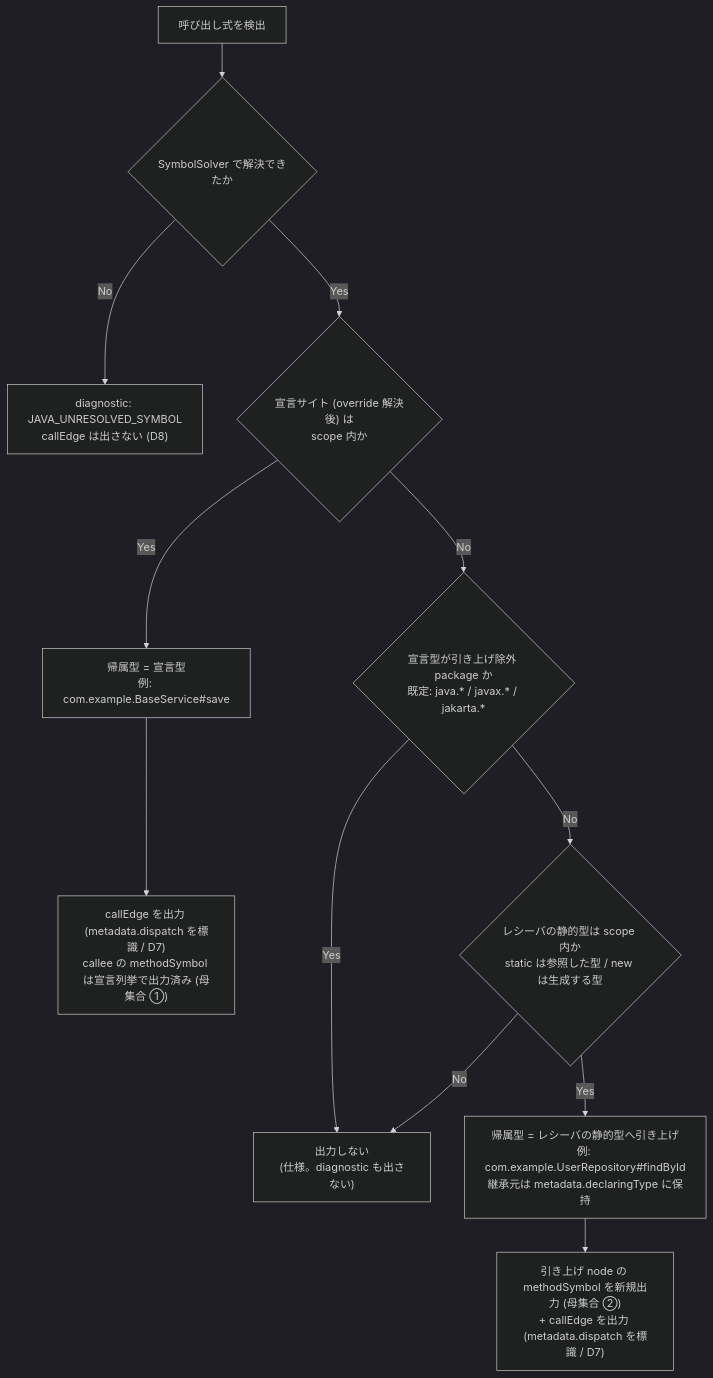
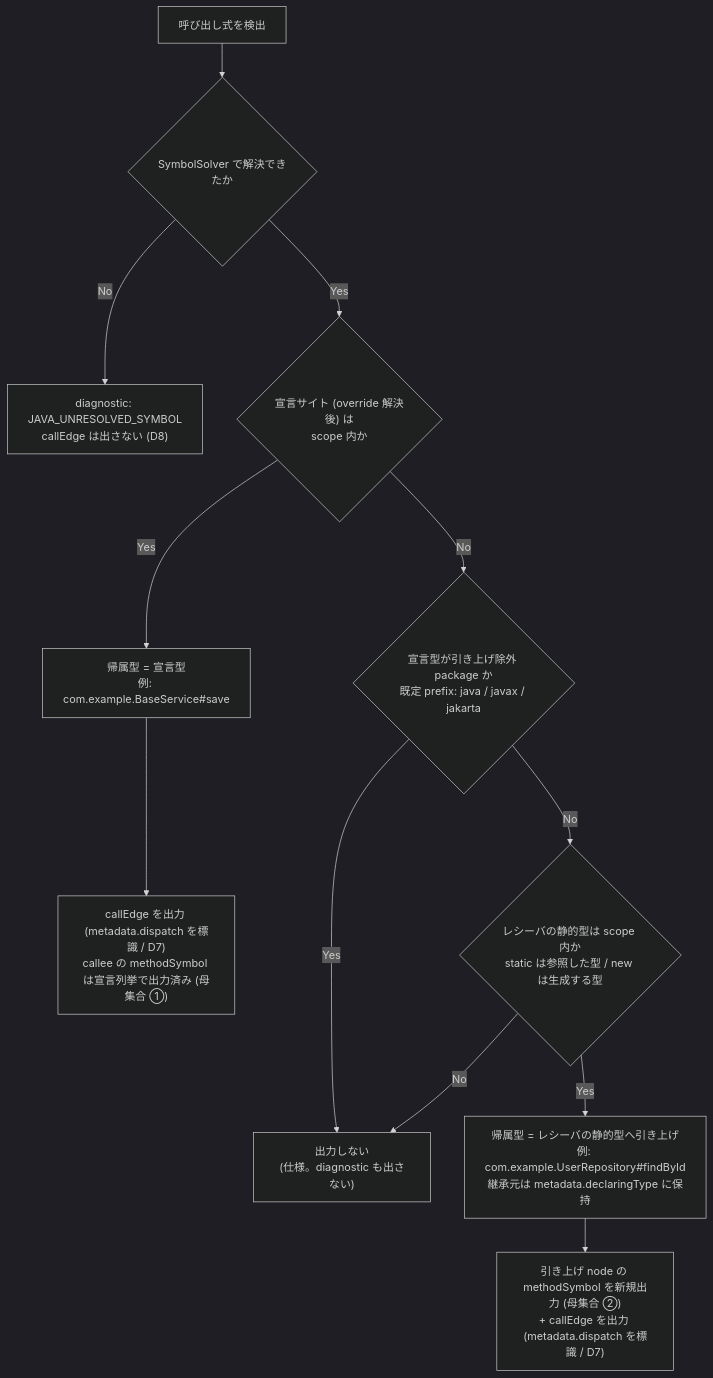
The third of 3 diagrams in specs/9-java-analyzer/index.md (Fukuemon/depwalk), drawn with Mermaid (dark theme) before and after one commit. The commit also changed other lines of this file and 1 other file, not shown here.

````diff
--- a/specs/9-java-analyzer/index.md
+++ b/specs/9-java-analyzer/index.md
@@ -563,14 +626,14 @@
 ```mermaid
 flowchart TD
     call["呼び出し式を検出"] --> resolve{"SymbolSolver で解決できたか"}
     resolve -->|"No"| diag["diagnostic: JAVA_UNRESOLVED_SYMBOL<br/>callEdge は出さない (D8)"]
     resolve -->|"Yes"| site{"宣言サイト (override 解決後) は<br/>scope 内か"}
     site -->|"Yes"| declared["帰属型 = 宣言型<br/>例: com.example.BaseService#save"]
-    site -->|"No"| excluded{"宣言型が引き上げ除外 package か<br/>既定: java.* / javax.* / jakarta.*"}
+    site -->|"No"| excluded{"宣言型が引き上げ除外 package か<br/>既定 prefix: java / javax / jakarta"}
     excluded -->|"Yes"| skip["出力しない<br/>(仕様。diagnostic も出さない)"]
     excluded -->|"No"| recv{"レシーバの静的型は scope 内か<br/>static は参照した型 / new は生成する型"}
     recv -->|"No"| skip
     recv -->|"Yes"| lifted["帰属型 = レシーバの静的型へ引き上げ<br/>例: com.example.UserRepository#findById<br/>継承元は metadata.declaringType に保持"]
     declared --> edge1["callEdge を出力 (metadata.dispatch を標識 / D7)<br/>callee の methodSymbol は宣言列挙で出力済み (母集合 ①)"]
     lifted --> edge2["引き上げ node の methodSymbol を新規出力 (母集合 ②)<br/>+ callEdge を出力 (metadata.dispatch を標識 / D7)"]
 ```
````
